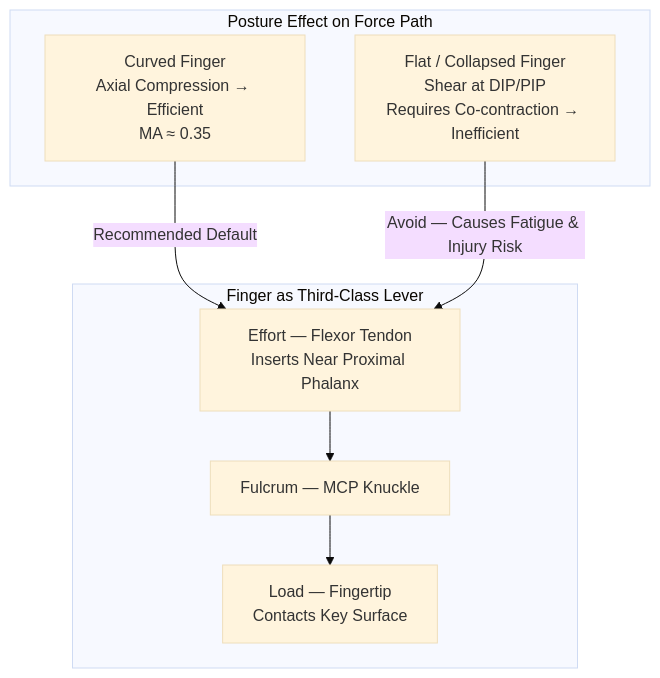
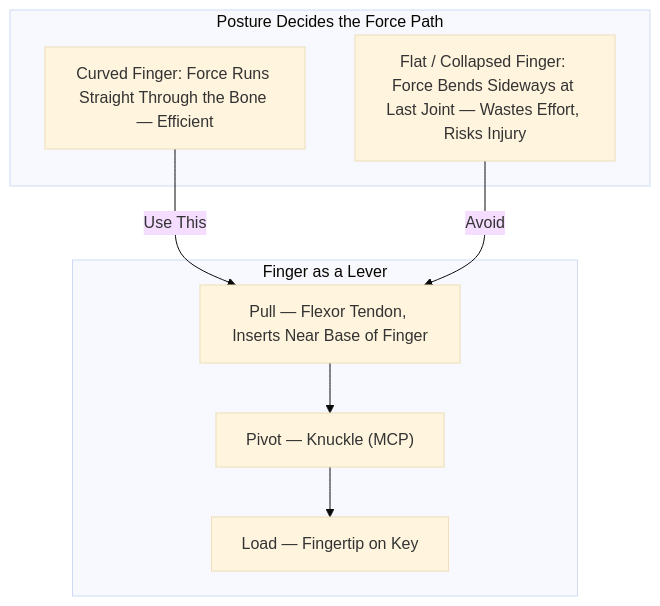
The first of 2 diagrams in topics/arts/music_performance/piano/lesson_02_finger_independence_and_scales.md (blebleblee/synapse), drawn with Mermaid (base theme) before and after one commit. The commit also changed other lines of this file and 4 other files, not shown here.

````diff
--- a/topics/arts/music_performance/piano/lesson_02_finger_independence_and_scales.md
+++ b/topics/arts/music_performance/piano/lesson_02_finger_independence_and_scales.md
@@ -31,16 +31,16 @@
 ```mermaid
 graph TD
-    subgraph sub_lever ["Finger as Third-Class Lever"]
-        F["Fulcrum — MCP Knuckle"]
-        E["Effort — Flexor Tendon\nInserts Near Proximal Phalanx"]
-        L["Load — Fingertip\nContacts Key Surface"]
+    subgraph sub_lever ["Finger as a Lever"]
+        F["Pivot — Knuckle (MCP)"]
+        E["Pull — Flexor Tendon, Inserts Near Base of Finger"]
+        L["Load — Fingertip on Key"]
     end
-    subgraph sub_posture ["Posture Effect on Force Path"]
-        C["Curved Finger\nAxial Compression → Efficient\nMA ≈ 0.35"]
-        FL["Flat / Collapsed Finger\nShear at DIP/PIP\nRequires Co-contraction → Inefficient"]
+    subgraph sub_posture ["Posture Decides the Force Path"]
+        C["Curved Finger: Force Runs Straight Through the Bone — Efficient"]
+        FL["Flat / Collapsed Finger: Force Bends Sideways at Last Joint — Wastes Effort, Risks Injury"]
     end
     E --> F
     F --> L
-    C -->|"Recommended Default"| E
-    FL -->|"Avoid — Causes Fatigue & Injury Risk"| E
+    C -->|"Use This"| E
+    FL -->|"Avoid"| E
 ```
````
